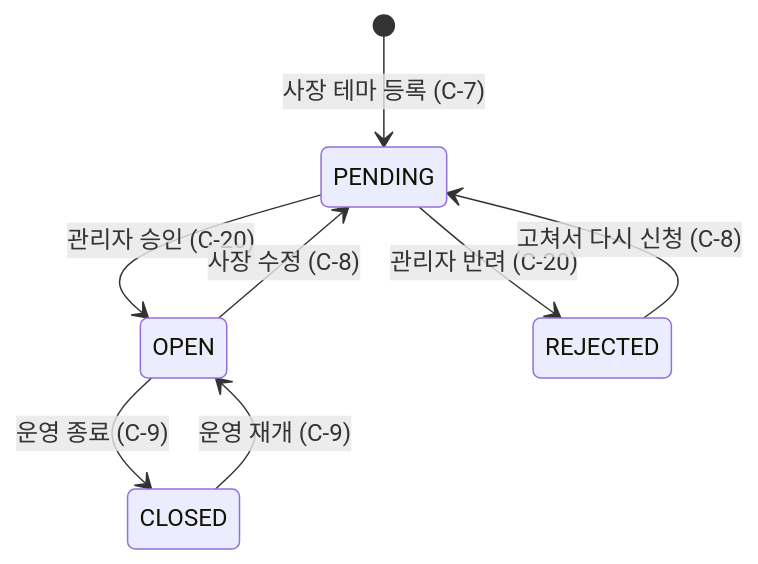
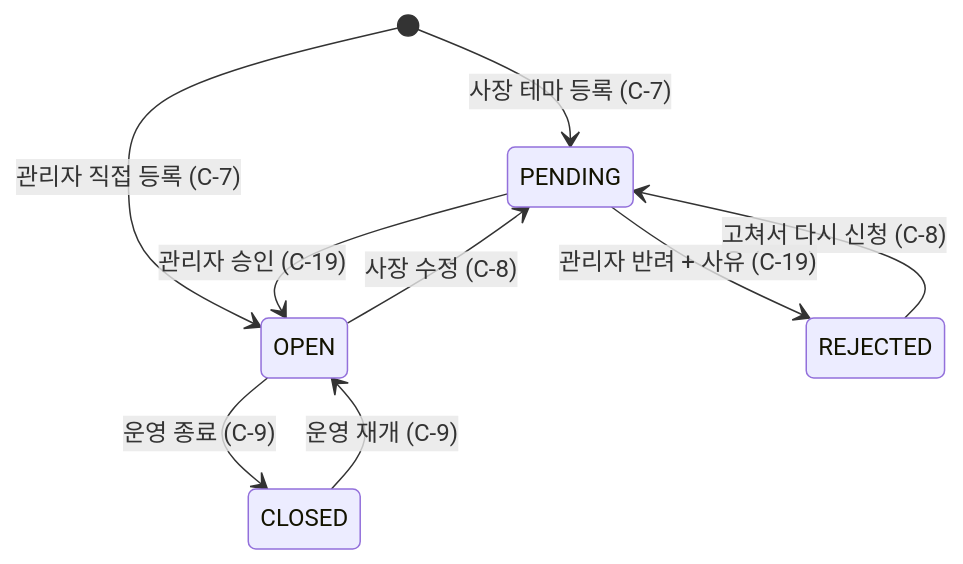
One commit to songheehee/escaplix-mockup-repository changed the third of 4 diagrams in docs/ERD.md. Above: the diagram before and after it, drawn with Mermaid. The commit also changed other lines of this file and 2 other files, not shown here.

Commit message:
docs: 11/18 morning discussion reflected on ERD, API, and SQL.

````diff
--- a/docs/ERD.md
+++ b/docs/ERD.md
@@ -489,10 +483,11 @@
 ```mermaid
 stateDiagram-v2
     [*] --> PENDING: 사장 테마 등록 (C-7)
-    PENDING --> OPEN: 관리자 승인 (C-20)
-    PENDING --> REJECTED: 관리자 반려 (C-20)
+    [*] --> OPEN: 관리자 직접 등록 (C-7)
+    PENDING --> OPEN: 관리자 승인 (C-19)
+    PENDING --> REJECTED: 관리자 반려 + 사유 (C-19)
     OPEN --> PENDING: 사장 수정 (C-8)
     REJECTED --> PENDING: 고쳐서 다시 신청 (C-8)
     OPEN --> CLOSED: 운영 종료 (C-9)
     CLOSED --> OPEN: 운영 재개 (C-9)
 ```
````
